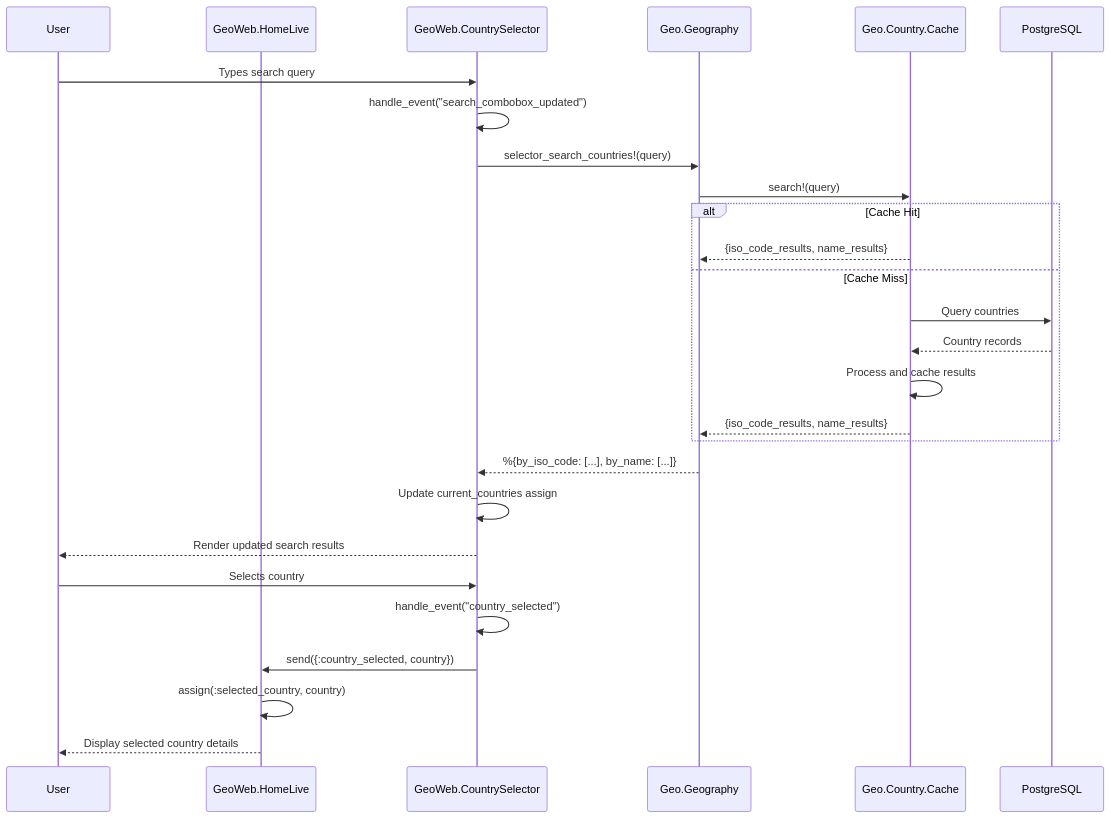
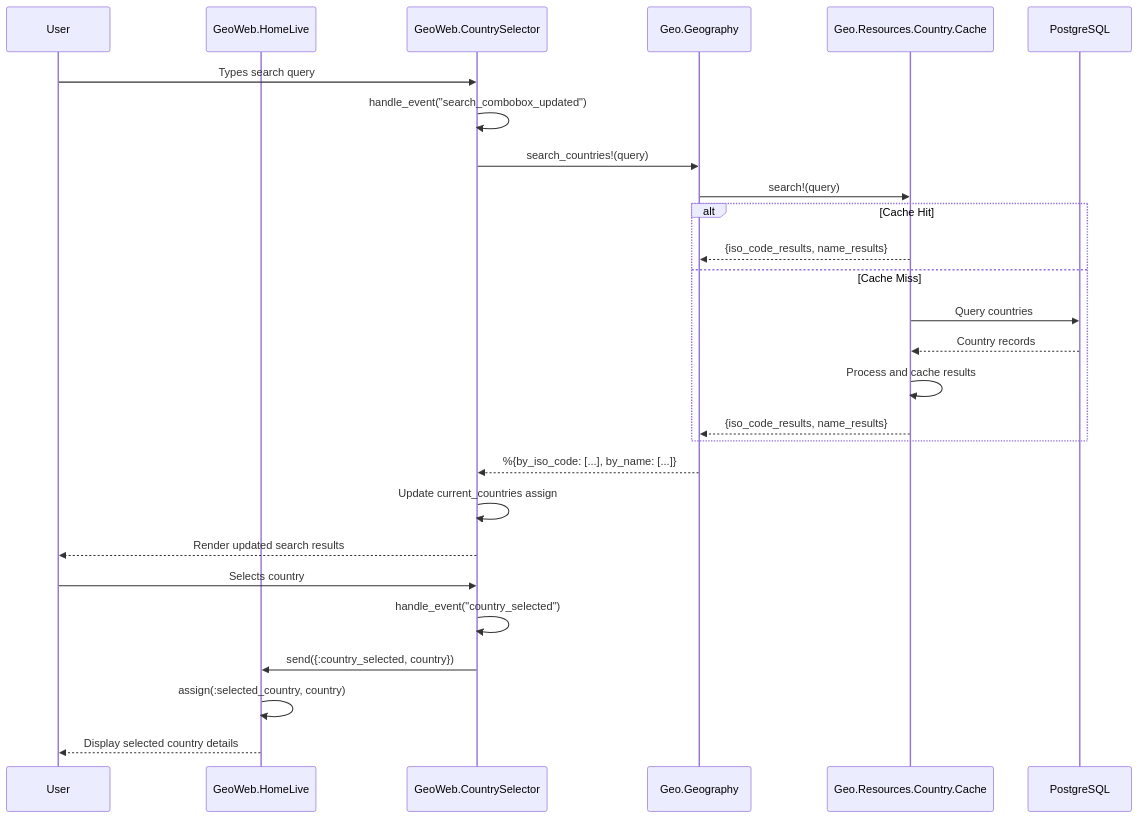
Before and after one commit to dev-guy/geo: the second of 6 diagrams in README.md, drawn with Mermaid. The commit also changed other lines of this file and 28 other files, not shown here.

````diff
--- a/README.md
+++ b/README.md
@@ -88,33 +104,33 @@
 ```mermaid
 sequenceDiagram
     participant User
     participant LiveView as GeoWeb.HomeLive
     participant Component as GeoWeb.CountrySelector
     participant Domain as Geo.Geography
-    participant Cache as Geo.Country.Cache
+    participant Cache as Geo.Resources.Country.Cache
     participant DB as PostgreSQL
 
     User->>Component: Types search query
     Component->>Component: handle_event("search_combobox_updated")
-    Component->>Domain: selector_search_countries!(query)
+    Component->>Domain: search_countries!(query)
     Domain->>Cache: search!(query)
     
     alt Cache Hit
         Cache-->>Domain: {iso_code_results, name_results}
     else Cache Miss
         Cache->>DB: Query countries
         DB-->>Cache: Country records
         Cache->>Cache: Process and cache results
         Cache-->>Domain: {iso_code_results, name_results}
     end
     
     Domain-->>Component: %{by_iso_code: [...], by_name: [...]}
     Component->>Component: Update current_countries assign
     Component-->>User: Render updated search results
     
     User->>Component: Selects country
     Component->>Component: handle_event("country_selected")
     Component->>LiveView: send({:country_selected, country})
     LiveView->>LiveView: assign(:selected_country, country)
     LiveView-->>User: Display selected country details
 ```
````
